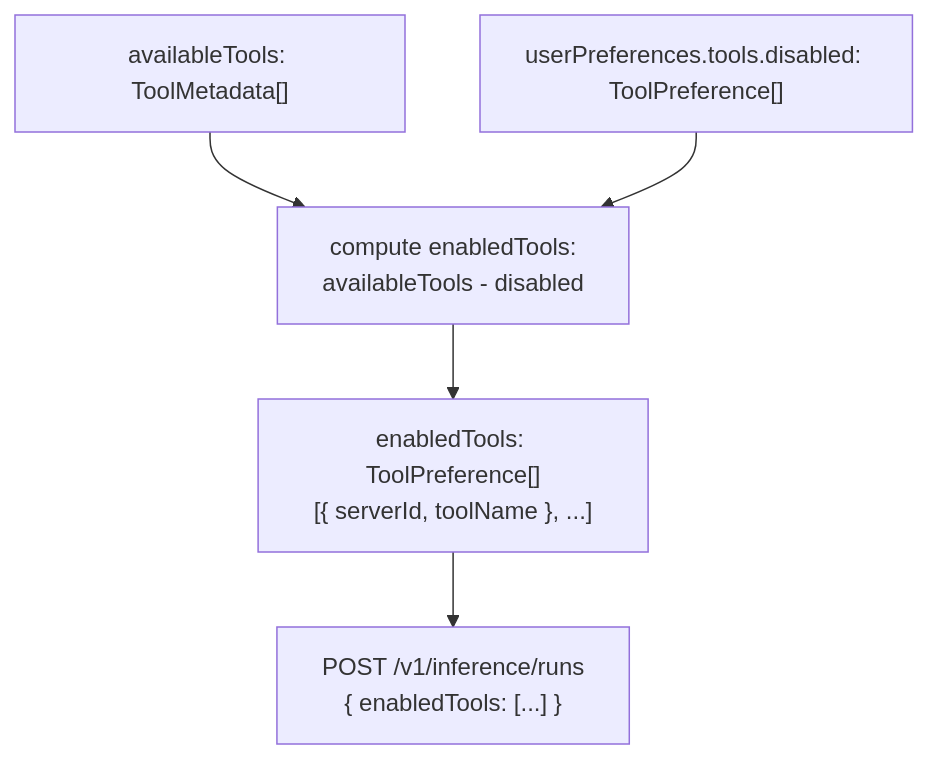
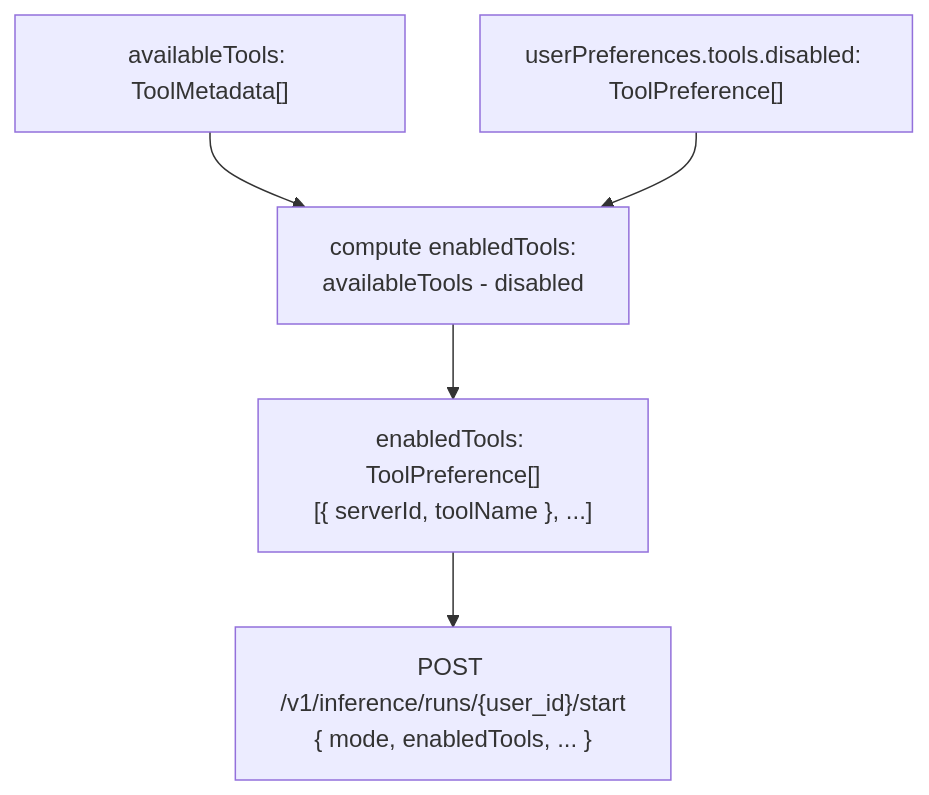
The sixth of 6 diagrams in docs/flows/catalog.md (konstantinosmpouros/mAgenticX), drawn with Mermaid before and after one commit. The commit also changed other lines of this file and 26 other files, not shown here.

Commit message:
Refactor inference start flow to backend-owned runs

````diff
--- a/docs/flows/catalog.md
+++ b/docs/flows/catalog.md
@@ -255,8 +255,8 @@
 ```mermaid
 flowchart TD
     A["availableTools: ToolMetadata[]"] --> C
     B["userPreferences.tools.disabled: ToolPreference[]"] --> C
     C["compute enabledTools:\navailableTools - disabled"] --> D
     D["enabledTools: ToolPreference[]\n[{ serverId, toolName }, ...]"]
-    D --> E["POST /v1/inference/runs\n{ enabledTools: [...] }"]
+    D --> E["POST /v1/inference/runs/{user_id}/start\n{ mode, enabledTools, ... }"]
 ```
````
